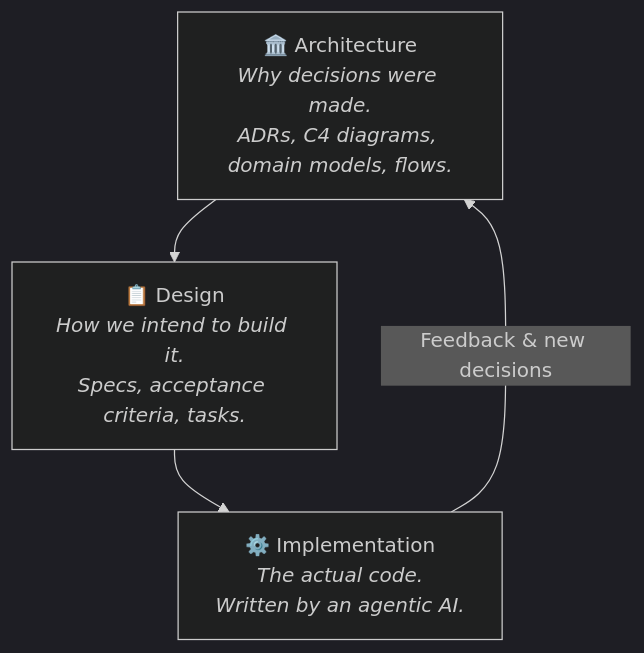
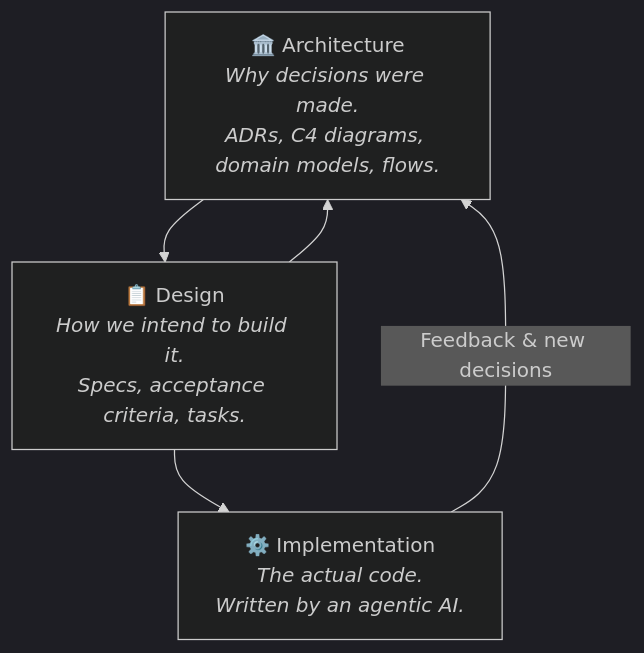
Before and after one commit to flemming-n-larsen/architecture-as-code-example: the first of 3 diagrams in .articles/4. Think in Specs - The Modern Developers Mindset/README.md, drawn with Mermaid (dark theme).

Commit message:
docs: update flow diagram in README.md to include bidirectional feedback loop

````diff
--- a/.articles/4. Think in Specs - The Modern Developers Mindset/README.md
+++ b/.articles/4. Think in Specs - The Modern Developers Mindset/README.md
@@ -31,10 +31,11 @@
 ```mermaid
 graph TD
     A["🏛️ Architecture<br><i>Why decisions were made.<br>ADRs, C4 diagrams, domain models, flows.</i>"]
     B["📋 Design<br><i>How we intend to build it.<br>Specs, acceptance criteria, tasks.</i>"]
     C["⚙️ Implementation<br><i>The actual code.<br>Written by an agentic AI.</i>"]
 
     A --> B
+    B --> A
     B --> C
     C -->|"Feedback & new decisions"| A
 ```
````
